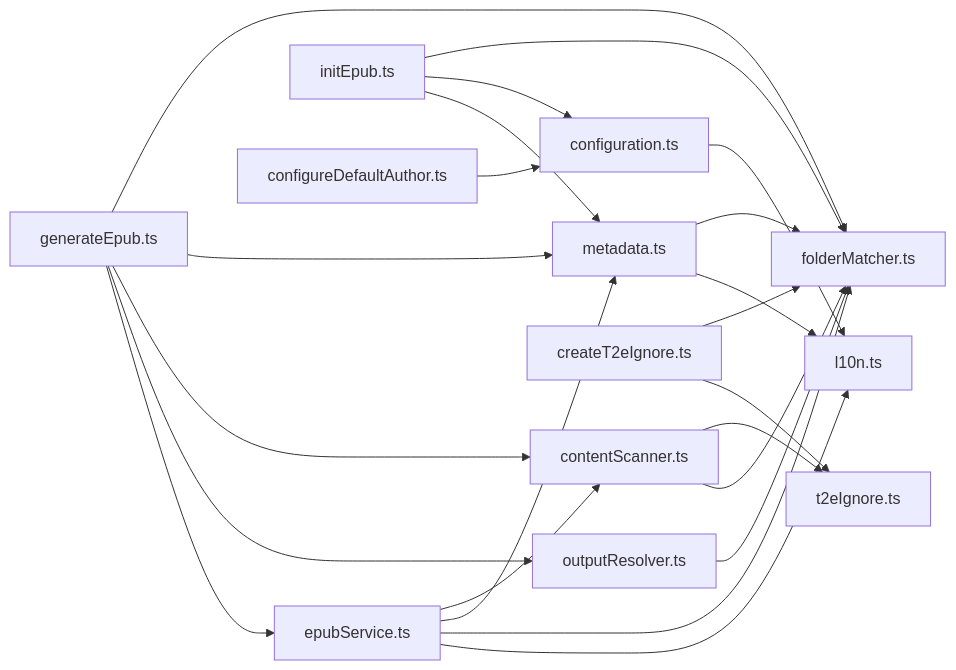
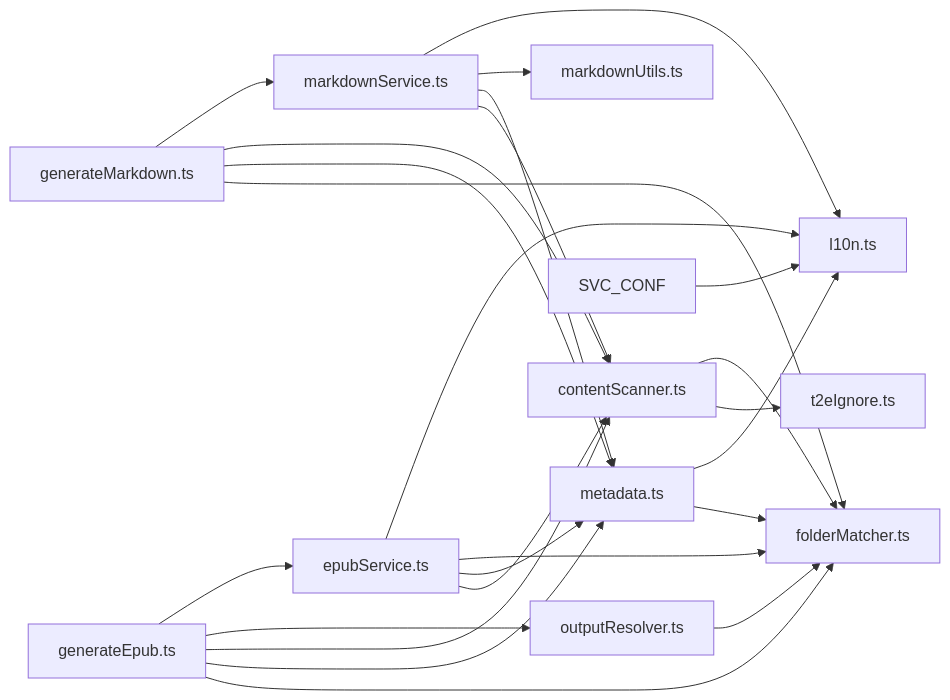
The third of 3 diagrams in .qoder/repowiki/zh/content/API 参考文档/服务 API.md (someok/vscode-folder2epub), drawn with Mermaid before and after one commit. The commit also changed other lines of this file and 4 other files, not shown here.

````diff
--- a/.qoder/repowiki/zh/content/API 参考文档/服务 API.md
+++ b/.qoder/repowiki/zh/content/API 参考文档/服务 API.md
@@ -396,24 +490,26 @@
 ```mermaid
 graph LR
 CMD_GEN["generateEpub.ts"] --> SVC_MATCH["folderMatcher.ts"]
 CMD_GEN --> SVC_META["metadata.ts"]
 CMD_GEN --> SVC_SCAN["contentScanner.ts"]
 CMD_GEN --> SVC_OUT["outputResolver.ts"]
 CMD_GEN --> SVC_EPUB["epubService.ts"]
-CMD_INIT["initEpub.ts"] --> SVC_MATCH
-CMD_INIT --> SVC_CONF["configuration.ts"]
-CMD_INIT --> SVC_META
-CMD_T2E["createT2eIgnore.ts"] --> SVC_MATCH
-CMD_T2E --> SVC_IGN["t2eIgnore.ts"]
-CMD_AUTH["configureDefaultAuthor.ts"] --> SVC_CONF
+CMD_GEN_MD["generateMarkdown.ts"] --> SVC_MATCH
+CMD_GEN_MD --> SVC_META
+CMD_GEN_MD --> SVC_SCAN
+CMD_GEN_MD --> SVC_MD["markdownService.ts"]
 SVC_EPUB --> SVC_SCAN
 SVC_EPUB --> SVC_META
 SVC_EPUB --> SVC_MATCH
 SVC_EPUB --> SVC_L10N["l10n.ts"]
-SVC_SCAN --> SVC_IGN
+SVC_MD --> SVC_SCAN
+SVC_MD --> SVC_META
+SVC_MD --> SVC_MDU["markdownUtils.ts"]
+SVC_MD --> SVC_L10N
+SVC_SCAN --> SVC_IGN["t2eIgnore.ts"]
 SVC_SCAN --> SVC_MATCH
 SVC_OUT --> SVC_MATCH
 SVC_META --> SVC_MATCH
 SVC_META --> SVC_L10N
 SVC_CONF --> SVC_L10N
 ```
````
